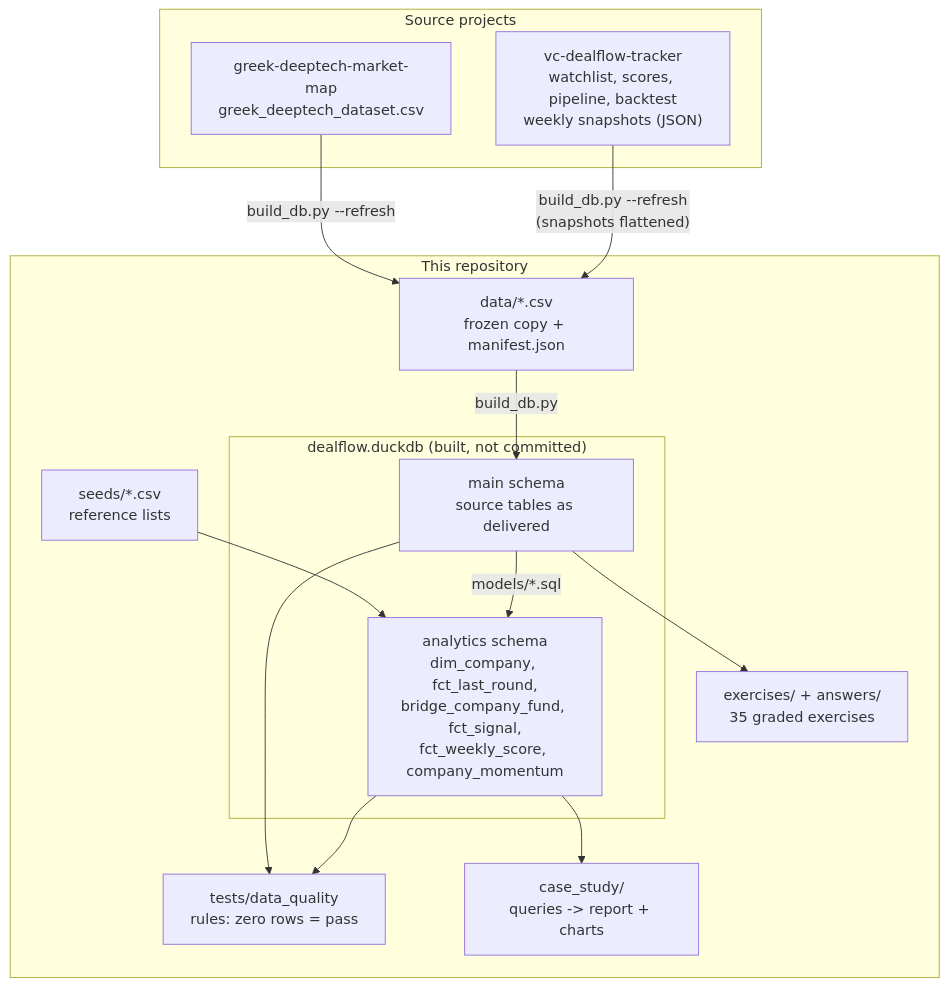
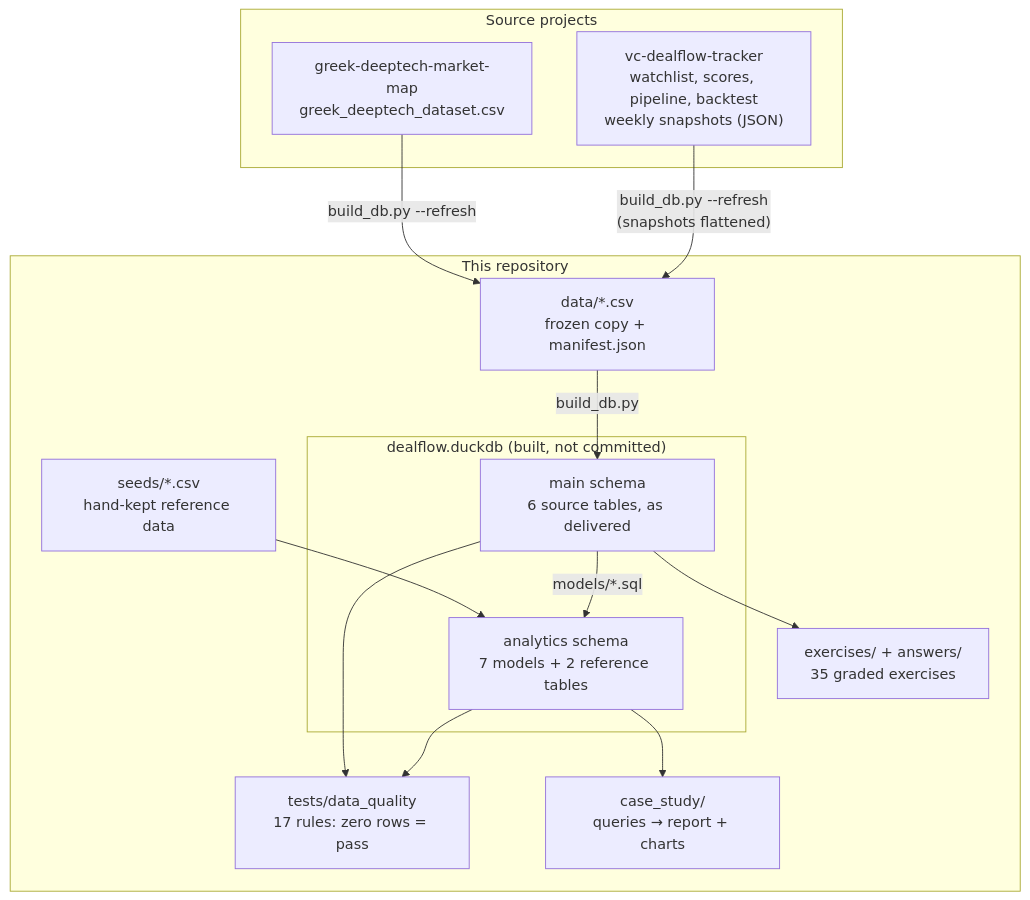
One commit to geve-ops/sql-for-vc-analysis changed the first of 3 diagrams in docs/architecture.md. Above: the diagram before and after it, drawn with Mermaid. The commit also changed other lines of this file and 23 other files, not shown here.

````diff
--- a/docs/architecture.md
+++ b/docs/architecture.md
@@ -5,27 +7,27 @@
 ```mermaid
 flowchart TB
     subgraph sources["Source projects"]
         MM["greek-deeptech-market-map<br/>greek_deeptech_dataset.csv"]
         TR["vc-dealflow-tracker<br/>watchlist, scores, pipeline, backtest<br/>weekly snapshots (JSON)"]
     end
     subgraph repo["This repository"]
         DATA["data/*.csv<br/>frozen copy + manifest.json"]
-        SEEDS["seeds/*.csv<br/>reference lists"]
+        SEEDS["seeds/*.csv<br/>hand-kept reference data"]
         subgraph db["dealflow.duckdb (built, not committed)"]
-            MAIN["main schema<br/>source tables as delivered"]
-            ANA["analytics schema<br/>dim_company, fct_last_round,<br/>bridge_company_fund, fct_signal,<br/>fct_weekly_score, company_momentum"]
+            MAIN["main schema<br/>6 source tables, as delivered"]
+            ANA["analytics schema<br/>7 models + 2 reference tables"]
         end
-        DQ["tests/data_quality<br/>rules: zero rows = pass"]
+        DQ["tests/data_quality<br/>17 rules: zero rows = pass"]
         EX["exercises/ + answers/<br/>35 graded exercises"]
-        CS["case_study/<br/>queries -> report + charts"]
+        CS["case_study/<br/>queries → report + charts"]
     end
     MM -- "build_db.py --refresh" --> DATA
     TR -- "build_db.py --refresh<br/>(snapshots flattened)" --> DATA
     DATA -- "build_db.py" --> MAIN
     SEEDS --> ANA
     MAIN -- "models/*.sql" --> ANA
     MAIN --> DQ
     ANA --> DQ
     MAIN --> EX
     ANA --> CS
 ```
````
